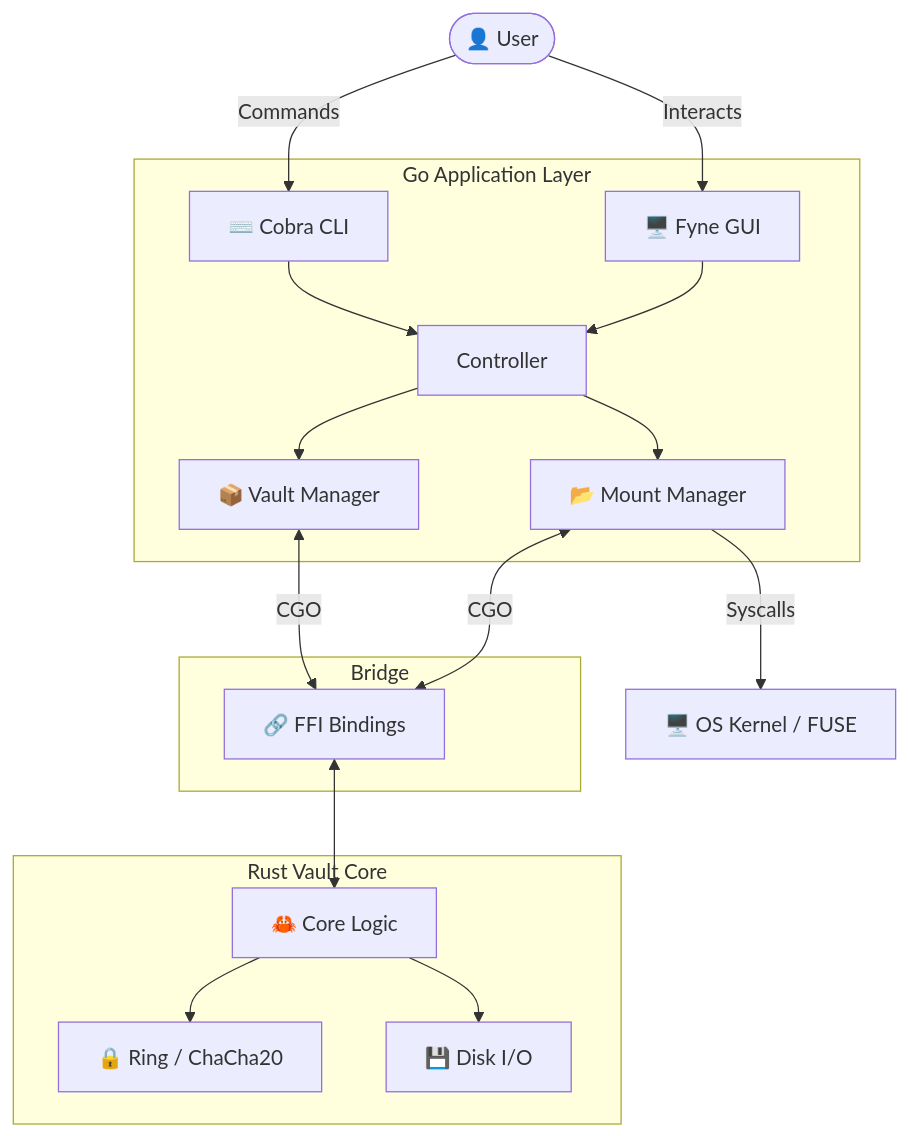
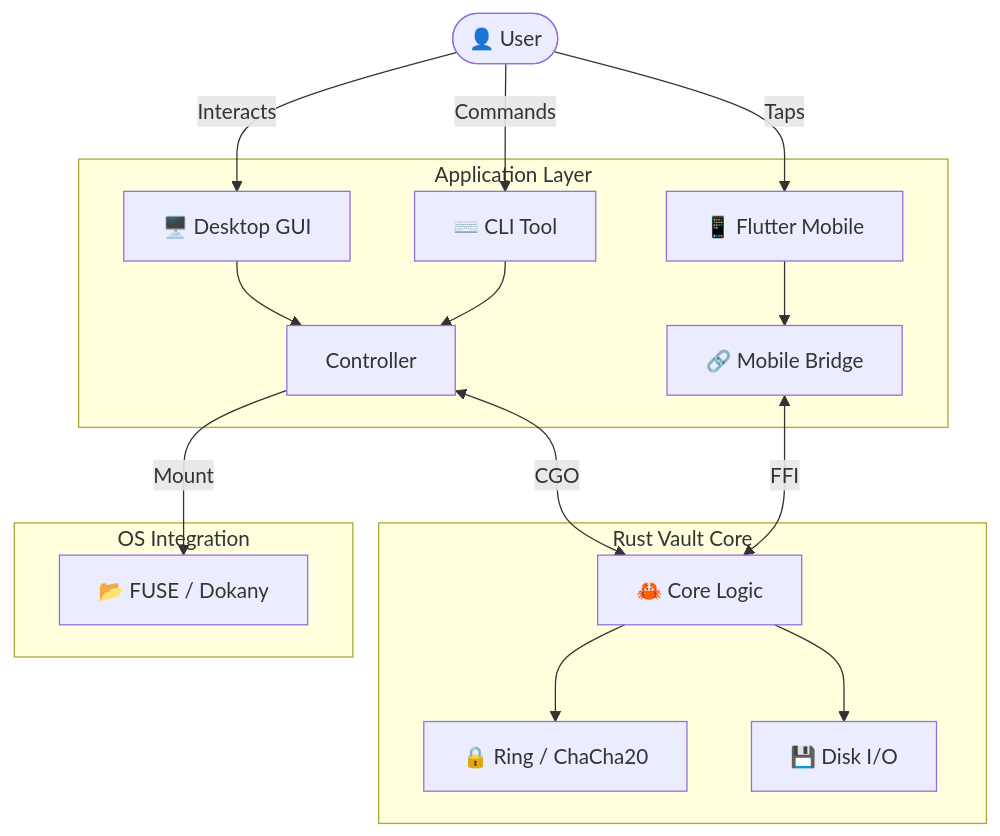
One commit to aka-0x4C3DD/dirLocker changed the diagram in README.md. Above: the diagram before and after it, drawn with Mermaid. The commit also changed other lines of this file, not shown here.

Commit message:
docs: add mobile support details, update badge colors, and streamline README content.

````diff
--- a/README.md
+++ b/README.md
@@ -110,25 +91,23 @@
 ```mermaid
 graph TD
-    User([👤 User]) -->|Interacts| GUI[🖥️ Fyne GUI]
-    User -->|Commands| CLI[⌨️ Cobra CLI]
+    User([👤 User]) -->|Interacts| GUI[🖥️ Desktop GUI]
+    User -->|Commands| CLI[⌨️ CLI Tool]
+    User -->|Taps| Mobile[📱 Flutter Mobile]
     
-    subgraph "Go Application Layer"
+    subgraph "Application Layer"
         GUI --> Controller
         CLI --> Controller
-        Controller --> MountMgr[📂 Mount Manager]
-        Controller --> VaultMgr[📦 Vault Manager]
-    end
-
-    subgraph "Bridge"
-        MountMgr <-->|CGO| FFI[🔗 FFI Bindings]
-        VaultMgr <-->|CGO| FFI
+        Mobile --> FFI_Mobile[🔗 Mobile Bridge]
     end
 
     subgraph "Rust Vault Core"
-        FFI <--> Core[🦀 Core Logic]
+        Controller <-->|CGO| Core[🦀 Core Logic]
+        FFI_Mobile <-->|FFI| Core
         Core --> Crypto[🔒 Ring / ChaCha20]
         Core --> IO[💾 Disk I/O]
     end
     
-    MountMgr -->|Syscalls| Kernel[🖥️ OS Kernel / FUSE]
+    subgraph "OS Integration"
+        Controller -->|Mount| FUSE[📂 FUSE / Dokany]
+    end
 ```
````
